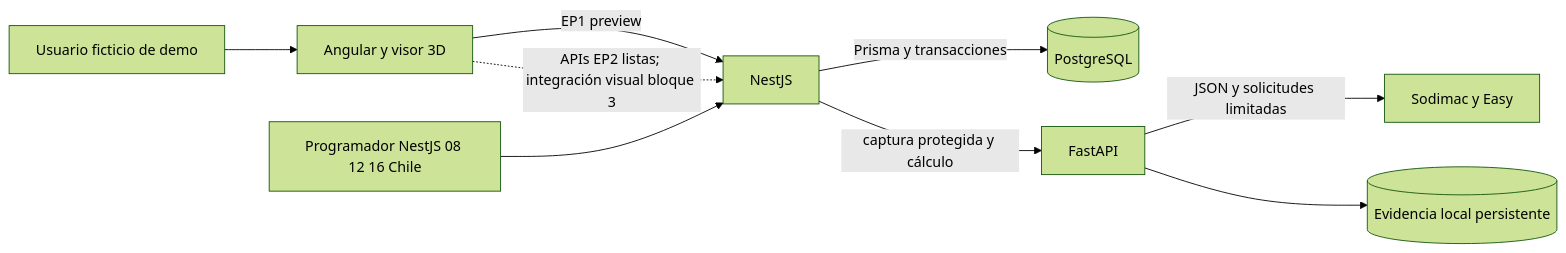
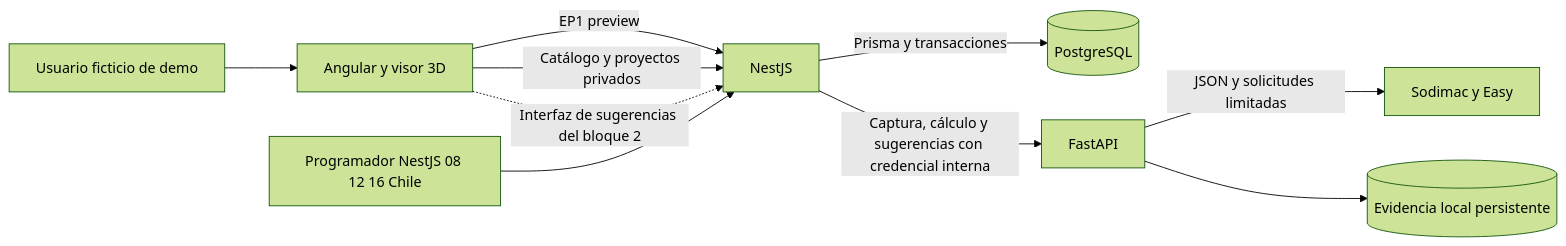
One commit to Fourdath/Habita3D changed the first of 2 diagrams in docs/architecture/overview.md. Above: the diagram before and after it, drawn with Mermaid (forest theme). The commit also changed other lines of this file and 22 other files, not shown here.

Commit message:
docs(final): documentar integración, validación y operación del bloque 1

````diff
--- a/docs/architecture/overview.md
+++ b/docs/architecture/overview.md
@@ -34,11 +35,12 @@
 ```mermaid
 flowchart LR
     U[Usuario ficticio de demo] --> FE[Angular y visor 3D]
     FE -->|EP1 preview| BE[NestJS]
-    FE -.->|APIs EP2 listas; integración visual bloque 3| BE
+    FE -->|Catálogo y proyectos privados| BE
+    FE -.->|Interfaz de sugerencias del bloque 2| BE
     BE -->|Prisma y transacciones| DB[(PostgreSQL)]
-    BE -->|captura protegida y cálculo| PY[FastAPI]
+    BE -->|Captura, cálculo y sugerencias con credencial interna| PY[FastAPI]
     PY -->|JSON y solicitudes limitadas| WEB[Sodimac y Easy]
     PY --> CACHE[(Evidencia local persistente)]
     S[Programador NestJS 08 12 16 Chile] --> BE
 ```
````
